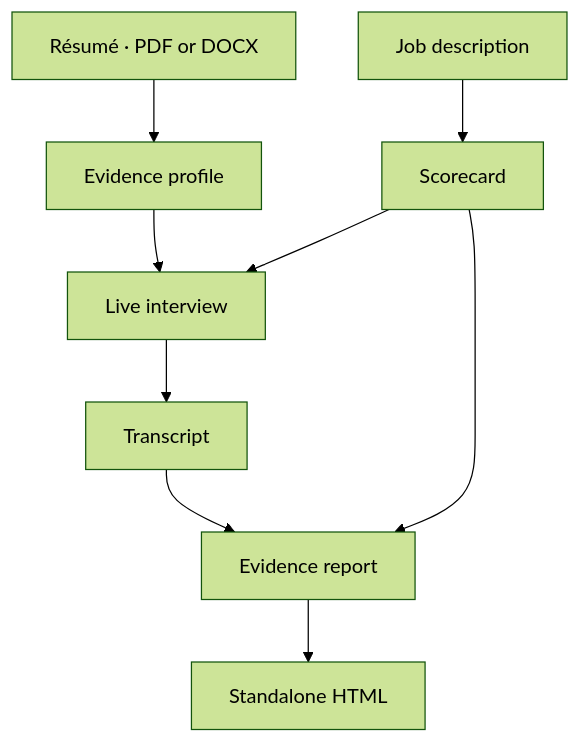
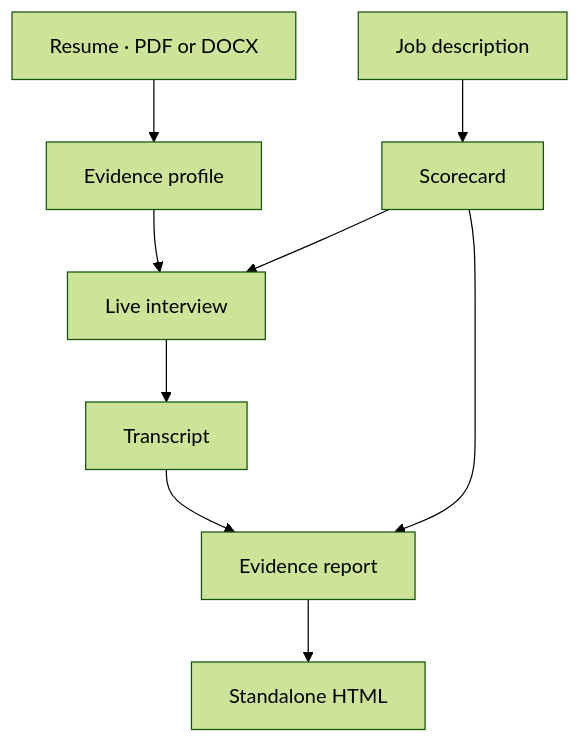
One commit to P-aveen06/rocky changed the diagram in docs/diagrams/product-flow.mmd. Above: the diagram before and after it, drawn with Mermaid (forest theme). The commit also changed 4 other files, not shown here.

```diff
--- a/docs/diagrams/product-flow.mmd
+++ b/docs/diagrams/product-flow.mmd
@@ -1,9 +1,9 @@
 graph TD
-  R["Résumé · PDF or DOCX"] --> P["Evidence profile"]
+  R["Resume · PDF or DOCX"] --> P["Evidence profile"]
   J["Job description"] --> S["Scorecard"]
   P --> I["Live interview"]
   S --> I
   I --> T["Transcript"]
   T --> E["Evidence report"]
   S --> E
   E --> H["Standalone HTML"]
```
